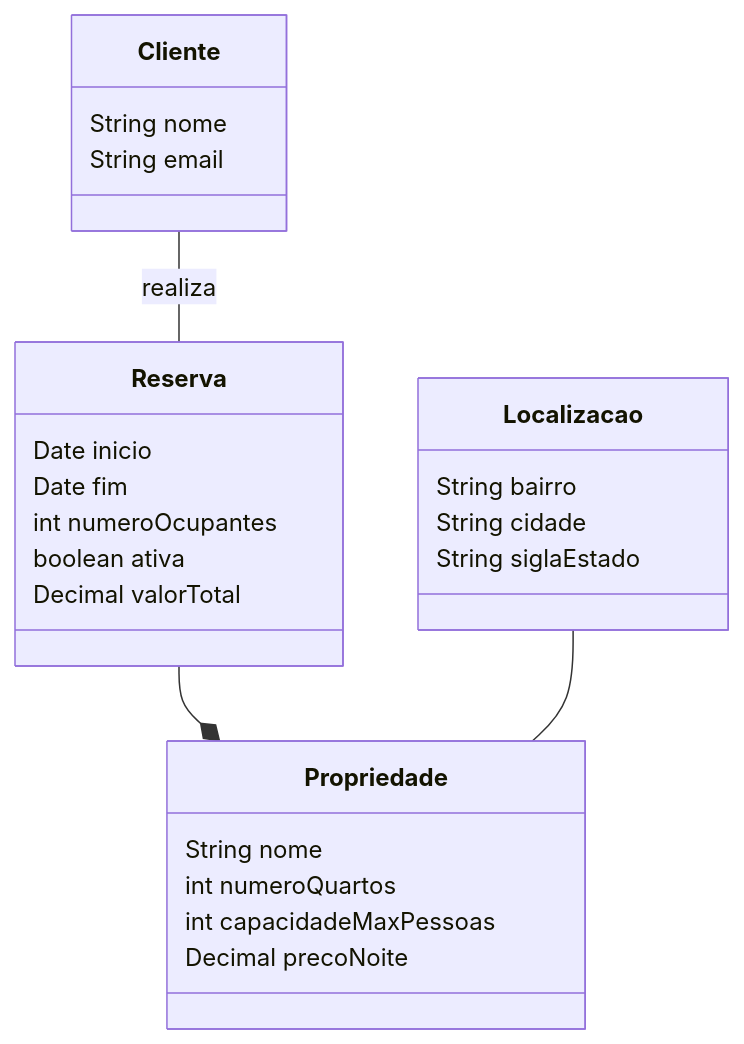
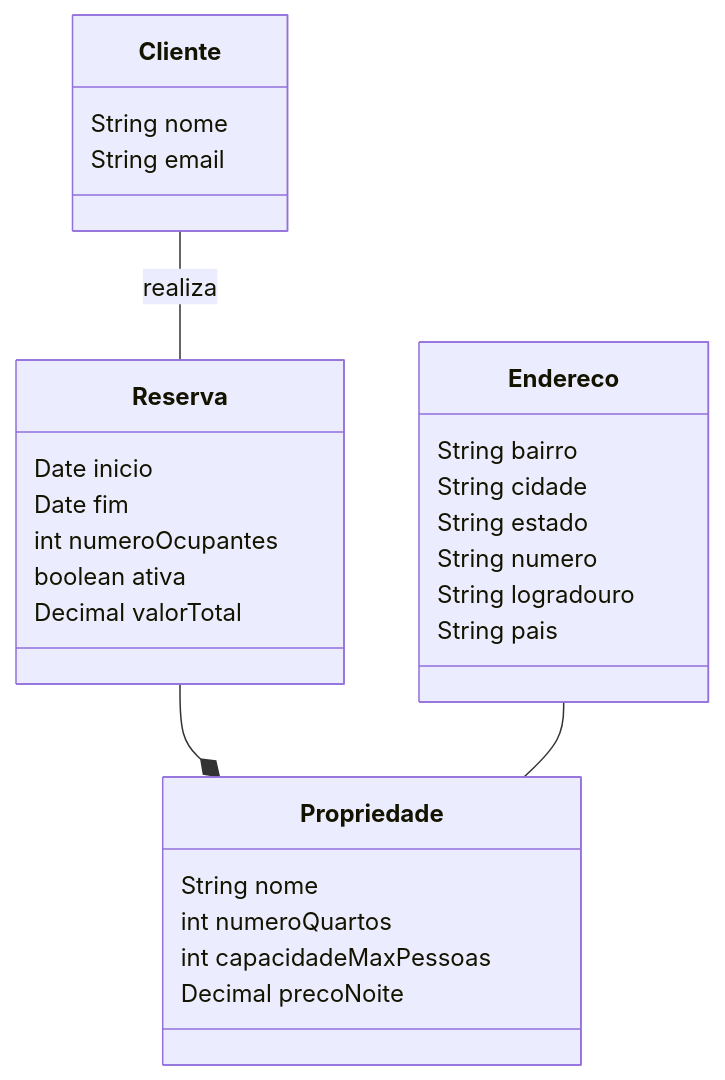
Before and after one commit to diogomene/seazone-backend-teste: the diagram in planejamento/diagramaClasse.md, drawn with Mermaid.

Commit message:
docs: altera localizacao para endereco

````diff
--- a/planejamento/diagramaClasse.md
+++ b/planejamento/diagramaClasse.md
@@ -8,35 +8,38 @@
 ```mermaid
 classDiagram
 
 direction TB
 
     class Propriedade {
 	    String nome
 	    int numeroQuartos
 	    int capacidadeMaxPessoas
 	    Decimal precoNoite
     }
 
-    class Localizacao {
+    class Endereco {
 	    String bairro
 	    String cidade
-	    String siglaEstado
+	    String estado
+        String numero
+        String logradouro
+        String pais
     }
 
     class Cliente {
 	    String nome
         String email
     }
 
     class Reserva {
 	    Date inicio
 	    Date fim
 	    int numeroOcupantes
         boolean ativa
         Decimal valorTotal
     }
 
     Reserva --* Propriedade
     Cliente -- Reserva : realiza
-    Localizacao -- Propriedade
+    Endereco -- Propriedade
 ```
````
